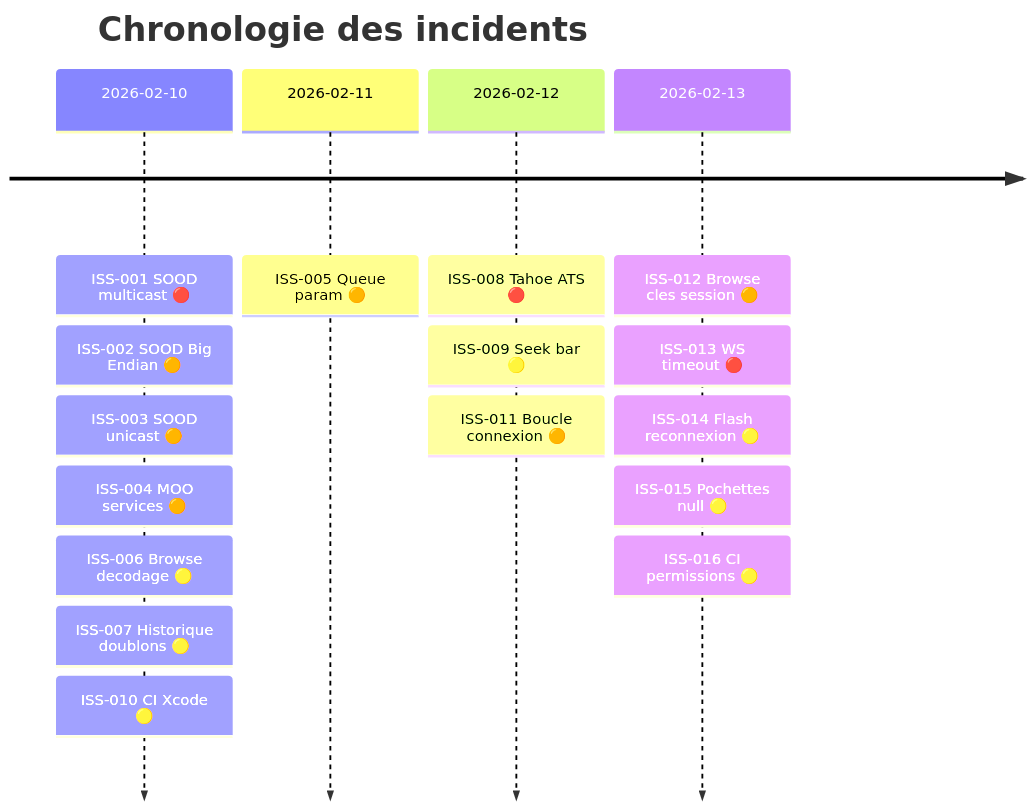
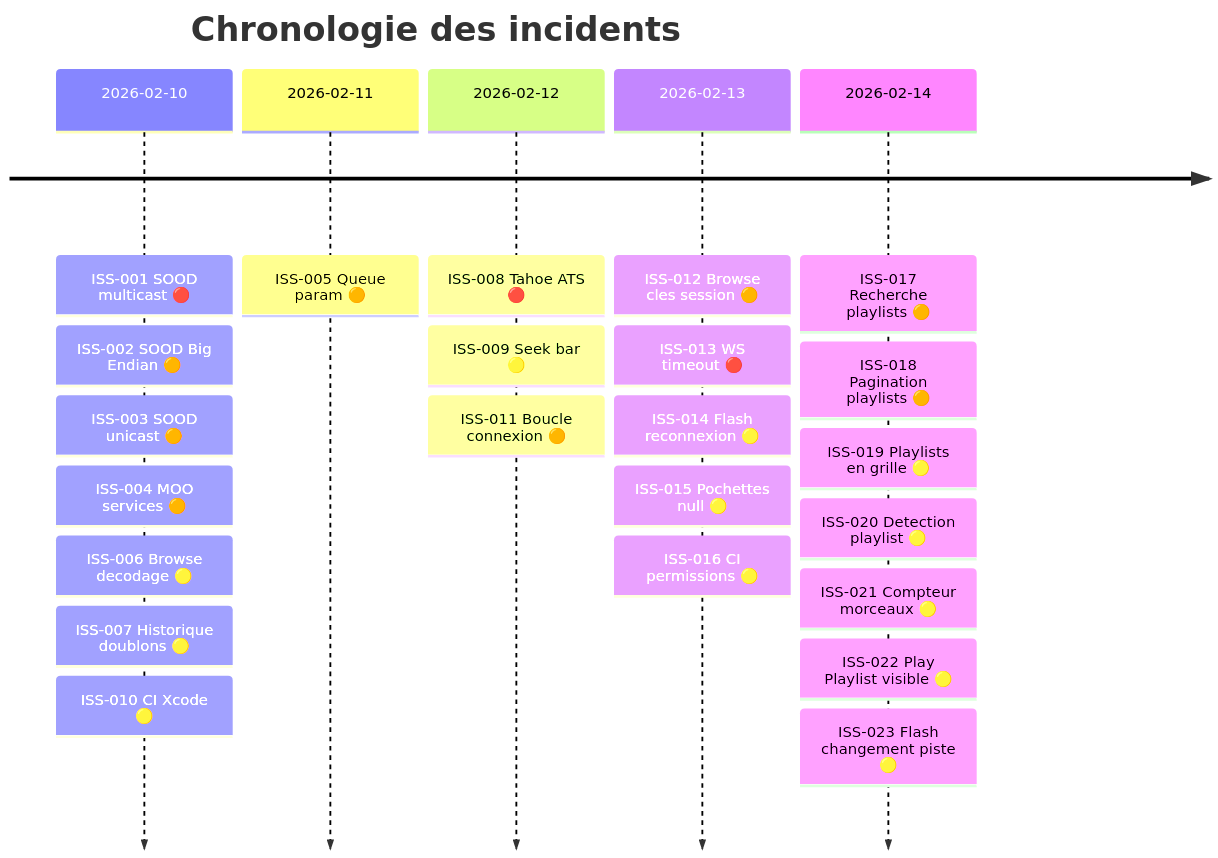
Before and after one commit to renesenses/roon-controller: the second of 2 diagrams in docs/ISSUES.md, drawn with Mermaid. The commit also changed other lines of this file and 10 other files, not shown here.

````diff
--- a/docs/ISSUES.md
+++ b/docs/ISSUES.md
@@ -14,20 +14,27 @@
 ```mermaid
 timeline
     title Chronologie des incidents
     2026-02-10 : ISS-001 SOOD multicast 🔴
                : ISS-002 SOOD Big Endian 🟠
                : ISS-003 SOOD unicast 🟠
                : ISS-004 MOO services 🟠
                : ISS-006 Browse decodage 🟡
                : ISS-007 Historique doublons 🟡
                : ISS-010 CI Xcode 🟡
     2026-02-11 : ISS-005 Queue param 🟠
     2026-02-12 : ISS-008 Tahoe ATS 🔴
                : ISS-009 Seek bar 🟡
                : ISS-011 Boucle connexion 🟠
     2026-02-13 : ISS-012 Browse cles session 🟠
                : ISS-013 WS timeout 🔴
                : ISS-014 Flash reconnexion 🟡
                : ISS-015 Pochettes null 🟡
                : ISS-016 CI permissions 🟡
+    2026-02-14 : ISS-017 Recherche playlists 🟠
+               : ISS-018 Pagination playlists 🟠
+               : ISS-019 Playlists en grille 🟡
+               : ISS-020 Detection playlist 🟡
+               : ISS-021 Compteur morceaux 🟡
+               : ISS-022 Play Playlist visible 🟡
+               : ISS-023 Flash changement piste 🟡
 ```
````
